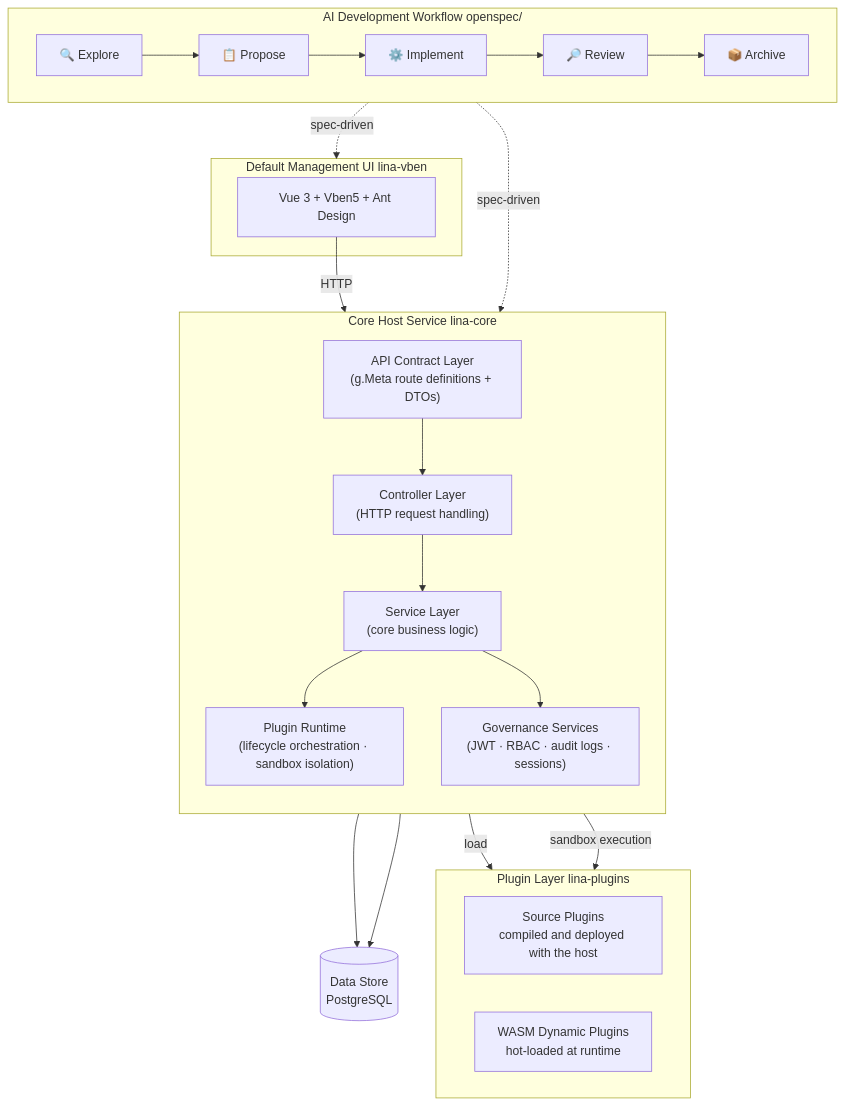
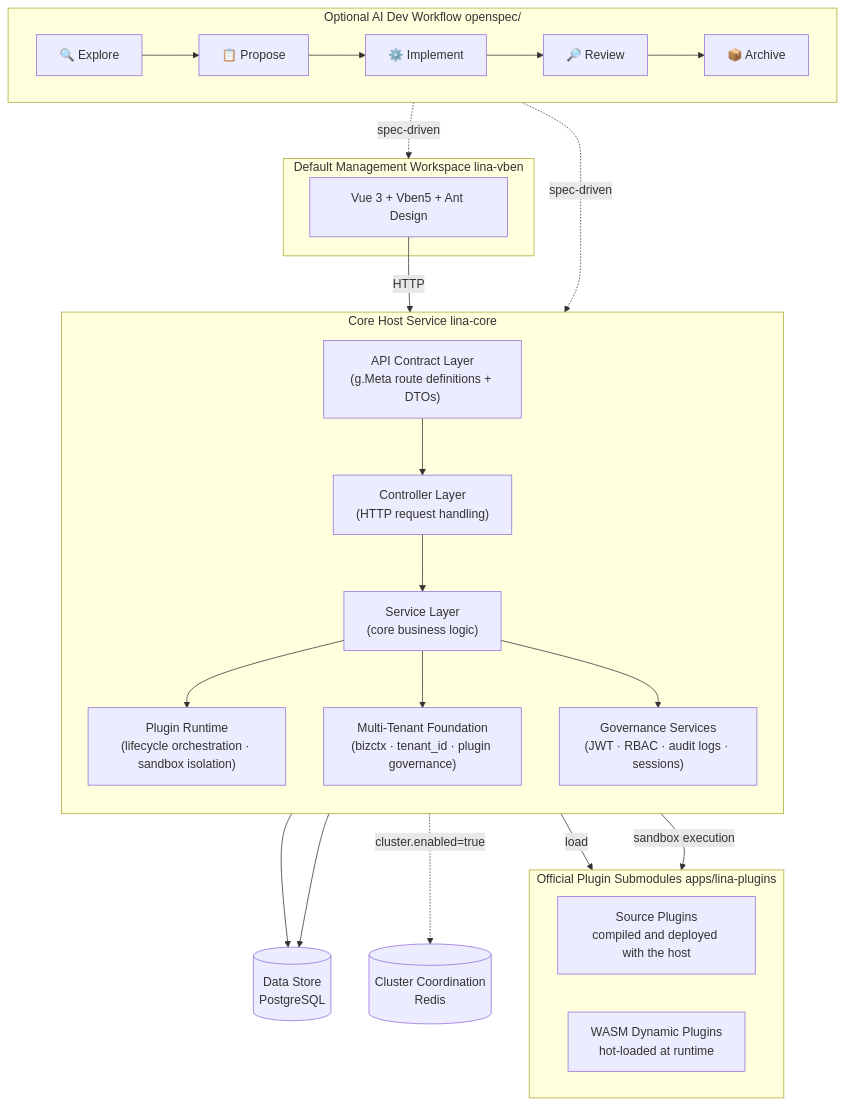
One commit to linaproai/linapro-site changed the diagram in apps/lina-site/i18n/en/docusaurus-plugin-content-docs/current/quick/1000-overview.md. Above: the diagram before and after it, drawn with Mermaid. The commit also changed other lines of this file, not shown here.

Commit message:
docs(lina-site): sync architecture diagram and feature list in EN overview
Add missing multi-tenant and Redis nodes to the architecture diagram,
add multi-tenant bullet to the feature list, and update distributed
architecture description to match the Chinese source.

````diff
--- a/apps/lina-site/i18n/en/docusaurus-plugin-content-docs/current/quick/1000-overview.md
+++ b/apps/lina-site/i18n/en/docusaurus-plugin-content-docs/current/quick/1000-overview.md
@@ -74,39 +75,43 @@
 ```mermaid
 graph TB
-    subgraph Workflow["AI Development Workflow  openspec/"]
+    subgraph Workflow["Optional AI Dev Workflow  openspec/"]
         direction LR
         Explore["🔍 Explore"] --> Propose["📋 Propose"] --> Implement["⚙️ Implement"] --> Review["🔎 Review"] --> Archive["📦 Archive"]
     end
 
-    subgraph Frontend["Default Management UI  lina-vben"]
+    subgraph Frontend["Default Management Workspace  lina-vben"]
         UI["Vue 3 + Vben5 + Ant Design"]
     end
 
     subgraph Host["Core Host Service  lina-core"]
         direction TB
         API["API Contract Layer\n(g.Meta route definitions + DTOs)"]
         Ctrl["Controller Layer\n(HTTP request handling)"]
         Svc["Service Layer\n(core business logic)"]
         Plugin["Plugin Runtime\n(lifecycle orchestration · sandbox isolation)"]
+        Tenant["Multi-Tenant Foundation\n(bizctx · tenant_id · plugin governance)"]
         Gov["Governance Services\n(JWT · RBAC · audit logs · sessions)"]
         API --> Ctrl --> Svc
         Svc --> Plugin
+        Svc --> Tenant
         Svc --> Gov
     end
 
-    subgraph Plugins["Plugin Layer  lina-plugins"]
+    subgraph Plugins["Official Plugin Submodules  apps/lina-plugins"]
         direction LR
         Source["Source Plugins\ncompiled and deployed with the host"]
         Dynamic["WASM Dynamic Plugins\nhot-loaded at runtime"]
     end
 
     DB[("Data Store\nPostgreSQL")]
+    Redis[("Cluster Coordination\nRedis")]
 
     Workflow -.->|spec-driven| Frontend
     Workflow -.->|spec-driven| Host
     UI -->|HTTP| API
     Plugin -->|load| Source
     Plugin -->|sandbox execution| Dynamic
     Svc --> DB
     Gov --> DB
+    Svc -.->|cluster.enabled=true| Redis
 ```
````
